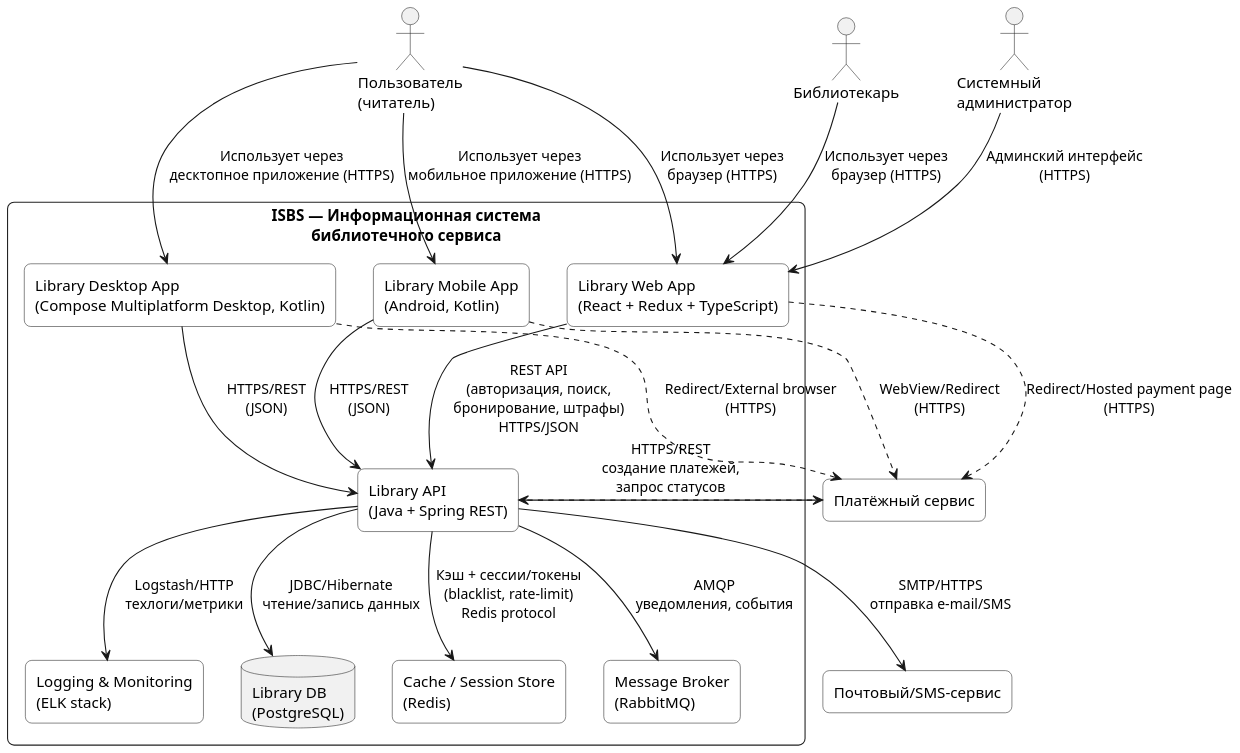
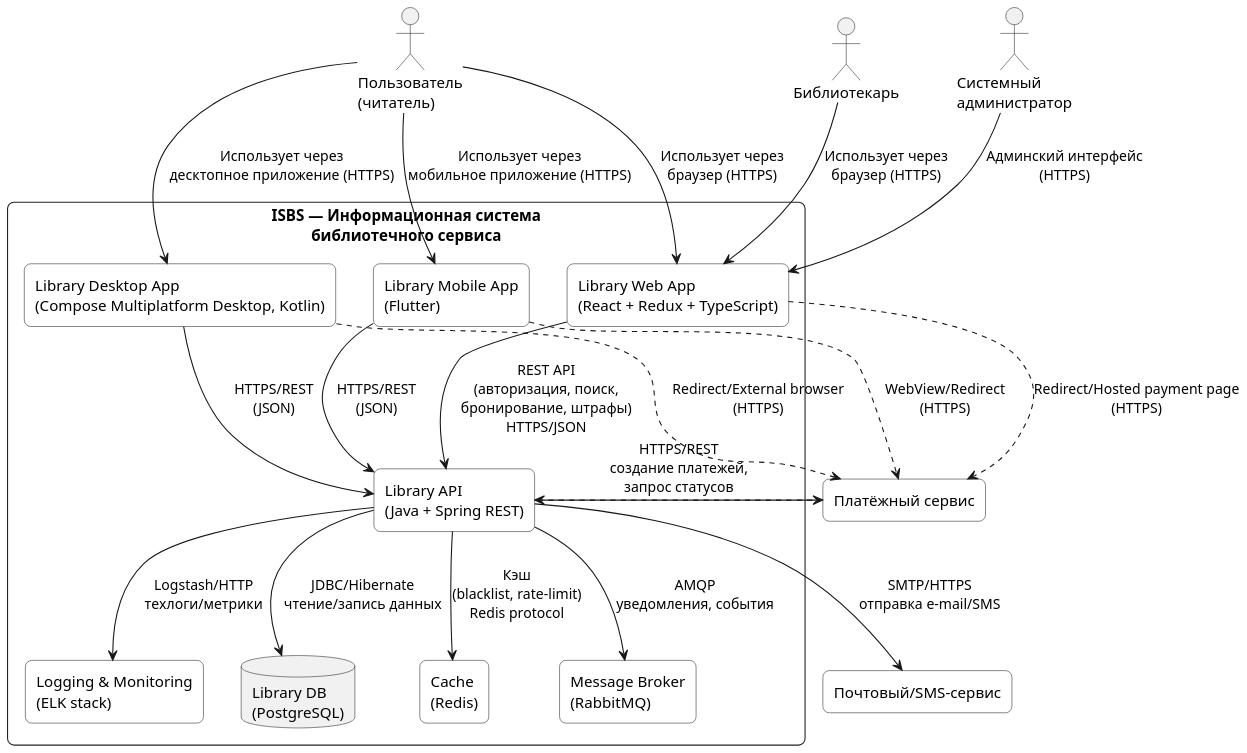
One commit to mysticslippers/systems_analysis_systems-design_archive changed the diagram in Lab4_sa_sd/C2-diagram.puml. Above: the diagram before and after it, drawn with PlantUML.

```diff
--- a/Lab4_sa_sd/C2-diagram.puml
+++ b/Lab4_sa_sd/C2-diagram.puml
@@ -1,76 +1,76 @@
 @startuml
 
 top to bottom direction
 skinparam shadowing false
 skinparam roundcorner 12
 skinparam dpi 140
 
 skinparam rectangle {
   BackgroundColor #FFFFFF
   BorderColor #222222
 }
 
 skinparam actor {
   BorderColor #222222
 }
 
 skinparam database {
   BorderColor #222222
 }
 
 ' --- Actors (top) ---
 actor "Пользователь\n(читатель)" as Reader
 actor "Библиотекарь" as Librarian
 actor "Системный\nадминистратор" as SysAdmin
 
 ' --- System boundary ---
 rectangle "ISBS — Информационная система\nбиблиотечного сервиса" as ISBS {
 
   rectangle "Library Web App\n(React + Redux + TypeScript)" as WebApp
-  rectangle "Library Mobile App\n(Android, Kotlin)" as MobileApp
+  rectangle "Library Mobile App\n(Flutter)" as MobileApp
   rectangle "Library Desktop App\n(Compose Multiplatform Desktop, Kotlin)" as DesktopApp
 
   rectangle "Library API\n(Java + Spring REST)" as Api
 
   database "Library DB\n(PostgreSQL)" as Db
 
-  rectangle "Cache / Session Store\n(Redis)" as Redis
+  rectangle "Cache\n(Redis)" as Redis
   rectangle "Message Broker\n(RabbitMQ)" as Rabbit
   rectangle "Logging & Monitoring\n(ELK stack)" as Elk
 }
 
 ' --- External systems (outside boundary) ---
 rectangle "Платёжный сервис" as Payment
 rectangle "Почтовый/SMS-сервис" as Notify
 
 ' --- User interactions ---
 Reader --> WebApp : Использует через\nбраузер (HTTPS)
 Reader --> MobileApp : Использует через\nмобильное приложение (HTTPS)
 Reader --> DesktopApp : Использует через\nдесктопное приложение (HTTPS)
 
 Librarian --> WebApp : Использует через\nбраузер (HTTPS)
 SysAdmin --> WebApp : Админский интерфейс\n(HTTPS)
 
 ' --- Client -> API ---
 WebApp --> Api : REST API\n(авторизация, поиск,\nбронирование, штрафы)\nHTTPS/JSON
 MobileApp --> Api : HTTPS/REST\n(JSON)
 DesktopApp --> Api : HTTPS/REST\n(JSON)
 
 ' --- Redirect/WebView to Payment (align with "перенаправлять пользователя") ---
 WebApp ..> Payment : Redirect/Hosted payment page\n(HTTPS)
 MobileApp ..> Payment : WebView/Redirect\n(HTTPS)
 DesktopApp ..> Payment : Redirect/External browser\n(HTTPS)
 
 ' --- API -> internal infrastructure ---
 Api --> Db : JDBC/Hibernate\nчтение/запись данных
-Api --> Redis : Кэш + сессии/токены\n(blacklist, rate-limit)\nRedis protocol
+Api --> Redis : Кэш\n(blacklist, rate-limit)\nRedis protocol
 Api --> Rabbit : AMQP\nуведомления, события
 Api --> Elk : Logstash/HTTP\nтехлоги/метрики
 
 ' --- API -> external services ---
 Api --> Payment : HTTPS/REST\nсоздание платежей,\nзапрос статусов
 Payment ..> Api
 
 Api --> Notify : SMTP/HTTPS\nотправка e-mail/SMS
 
 @enduml
```
